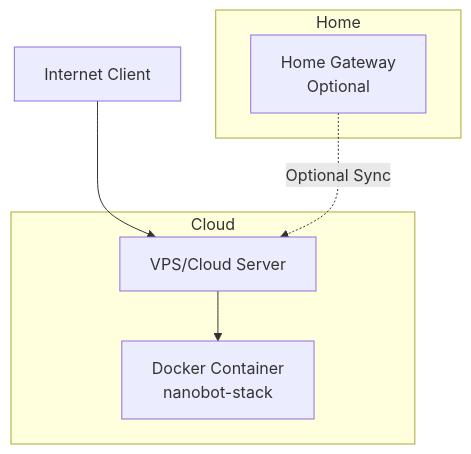
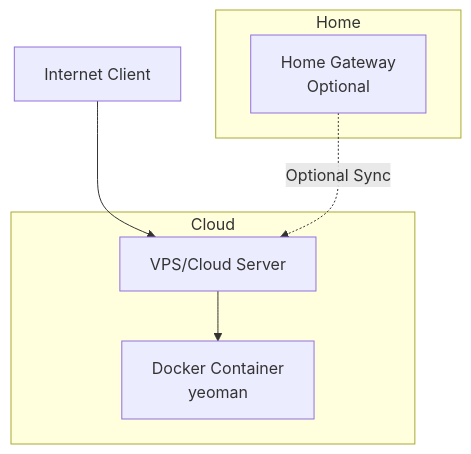
One commit to dimitree2k/nanobot-stack changed the seventh of 7 diagrams in plans/external-access-options.md. Above: the diagram before and after it, drawn with Mermaid. The commit also changed other lines of this file and 12 other files, not shown here.

````diff
--- a/plans/external-access-options.md
+++ b/plans/external-access-options.md
@@ -419,15 +419,15 @@
 ```mermaid
 flowchart TB
     subgraph Home
         HomeGW[Home Gateway<br/>Optional]
     end
     
     subgraph Cloud
         VPS[VPS/Cloud Server]
-        Docker[Docker Container<br/>nanobot-stack]
+        Docker[Docker Container<br/>yeoman]
     end
     
     Client[Internet Client] --> VPS
     VPS --> Docker
     HomeGW -.->|Optional Sync| VPS
 ```
````
